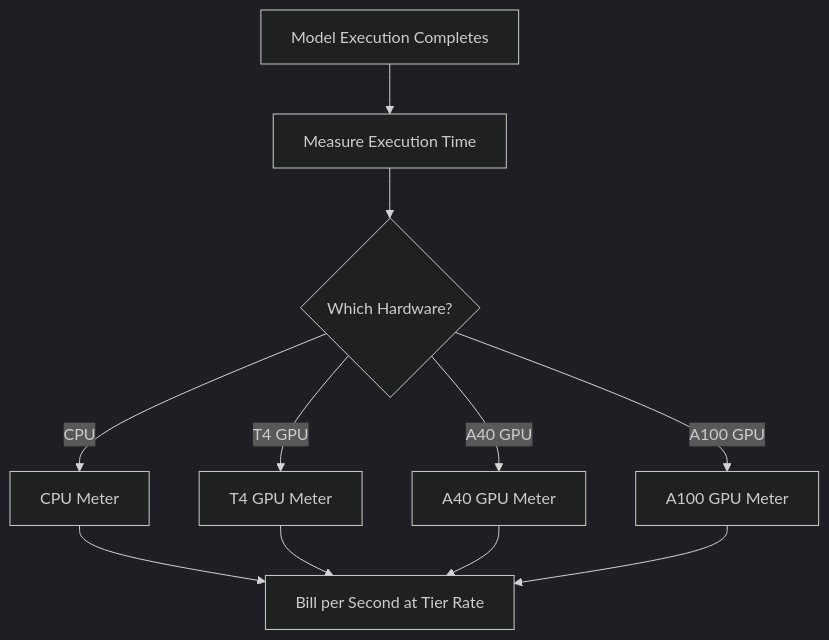
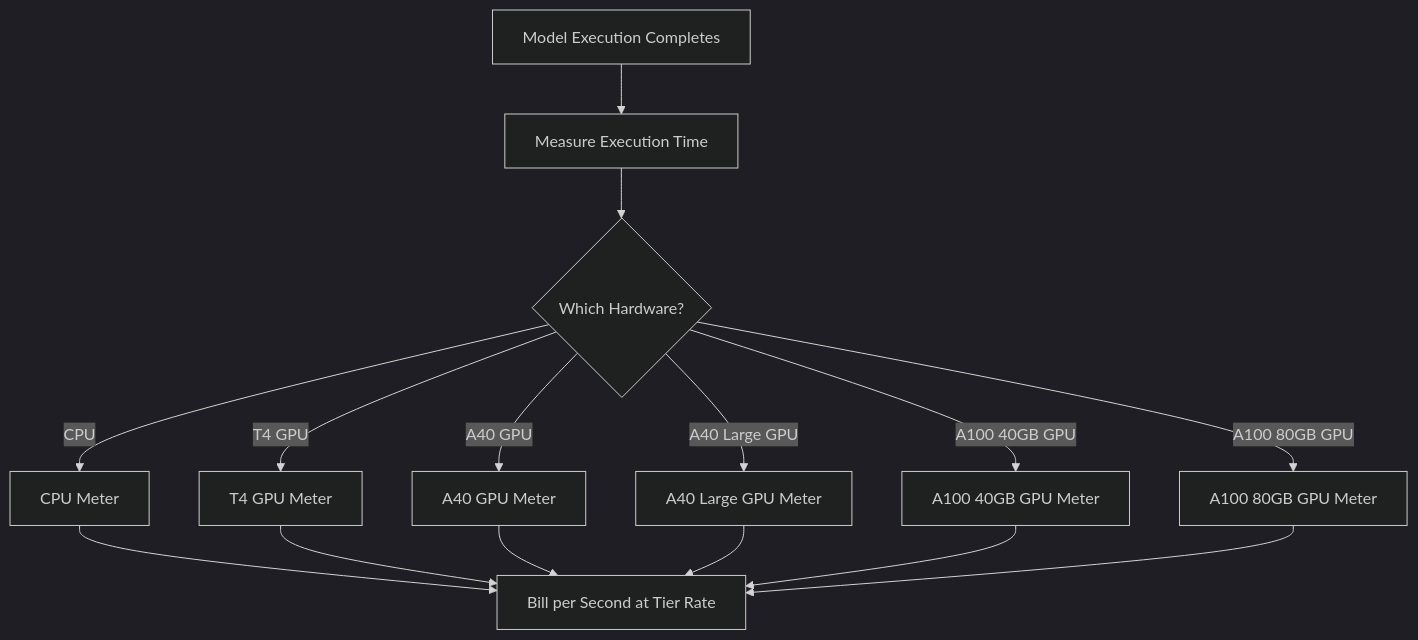
One commit to dodopayments/dodo-docs changed the diagram in developer-resources/billing-deconstructions/replicate.mdx. Above: the diagram before and after it, drawn with Mermaid (dark theme). The commit also changed other lines of this file and 5 other files, not shown here.

````diff
--- a/developer-resources/billing-deconstructions/replicate.mdx
+++ b/developer-resources/billing-deconstructions/replicate.mdx
@@ -25,13 +25,17 @@
 ```mermaid
 flowchart TD
     A[Model Execution Completes] --> B[Measure Execution Time]
     B --> C{Which Hardware?}
     C -->|CPU| D[CPU Meter]
     C -->|T4 GPU| E[T4 GPU Meter]
     C -->|A40 GPU| F[A40 GPU Meter]
-    C -->|A100 GPU| G[A100 GPU Meter]
-    D --> H[Bill per Second at Tier Rate]
-    E --> H
-    F --> H
-    G --> H
+    C -->|A40 Large GPU| G[A40 Large GPU Meter]
+    C -->|A100 40GB GPU| H[A100 40GB GPU Meter]
+    C -->|A100 80GB GPU| I[A100 80GB GPU Meter]
+    D --> J[Bill per Second at Tier Rate]
+    E --> J
+    F --> J
+    G --> J
+    H --> J
+    I --> J
 ```
````
